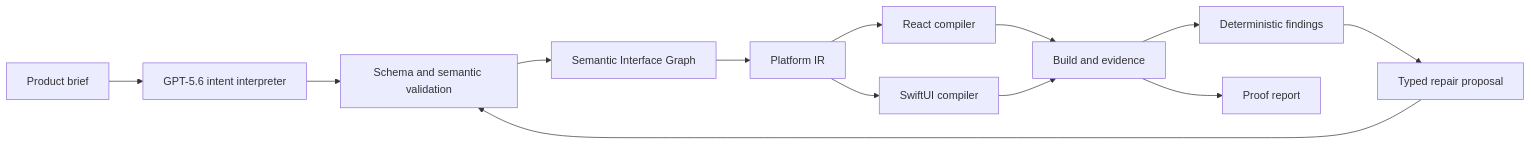
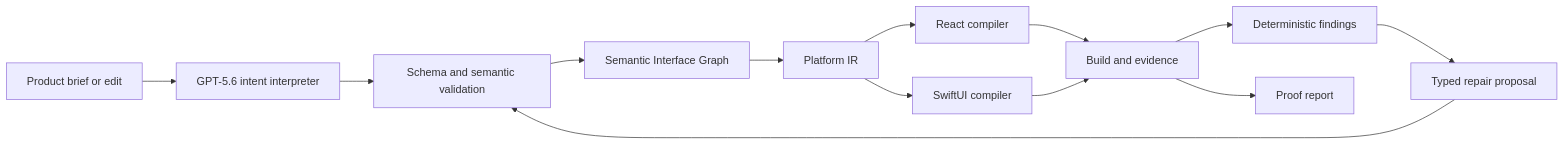
Before and after one commit to metaforismo/IntentForm: the diagram in docs/ARCHITECTURE.md, drawn with Mermaid. The commit also changed other lines of this file and 13 other files, not shown here.

First line of the commit message:
feat: complete GPT-5.6 structured intent loop

````diff
--- a/docs/ARCHITECTURE.md
+++ b/docs/ARCHITECTURE.md
@@ -22,15 +22,15 @@
 ```mermaid
 flowchart LR
-  B["Product brief"] --> I["GPT-5.6 intent interpreter"]
+  B["Product brief or edit"] --> I["GPT-5.6 intent interpreter"]
   I --> V["Schema and semantic validation"]
   V --> G["Semantic Interface Graph"]
   G --> IR["Platform IR"]
   IR --> R["React compiler"]
   IR --> S["SwiftUI compiler"]
   R --> E["Build and evidence"]
   S --> E
   E --> F["Deterministic findings"]
   F --> P["Typed repair proposal"]
   P --> V
   E --> Q["Proof report"]
 ```
````
